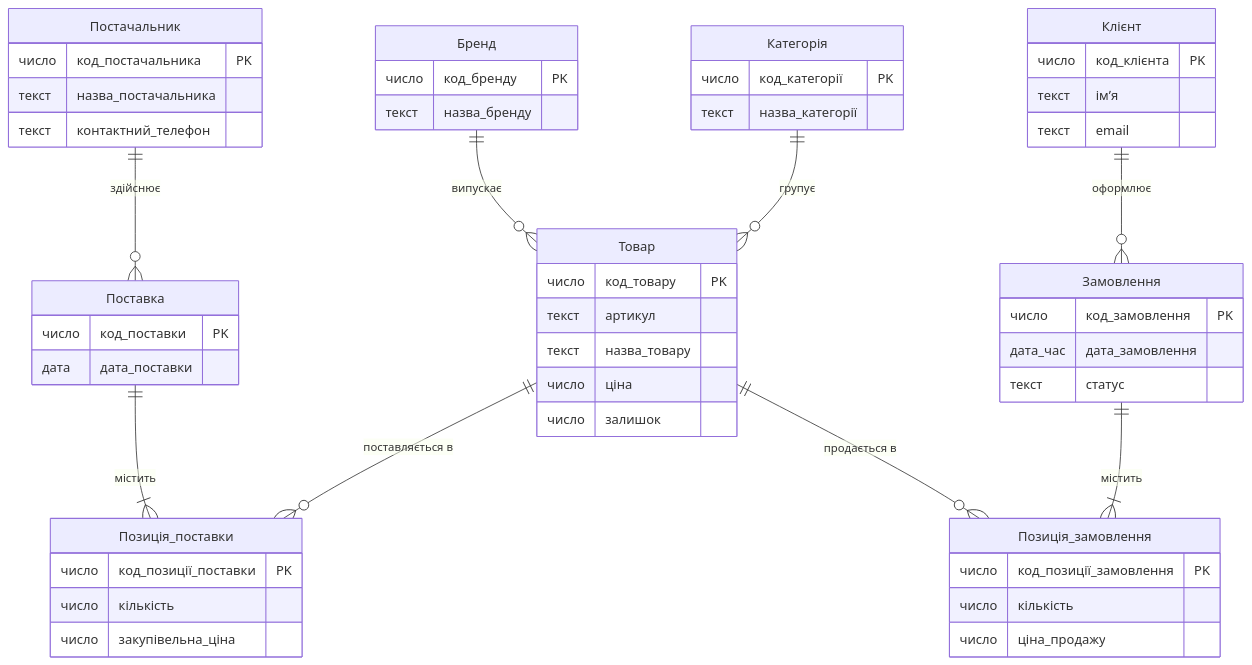
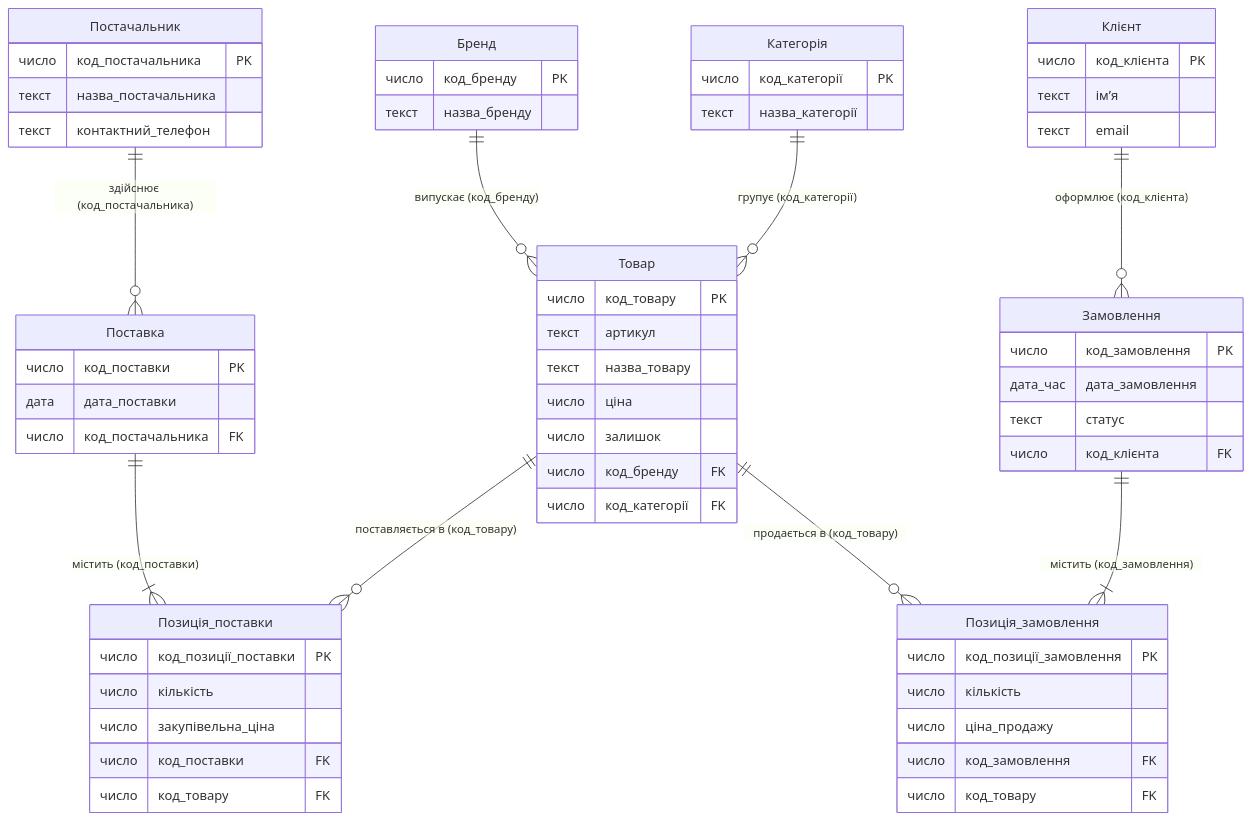
One commit to maksborze/obdz changed the first of 2 diagrams in lab-01/README.md. Above: the diagram before and after it, drawn with Mermaid.

Commit message:
ER-модель перероблена

````diff
--- a/lab-01/README.md
+++ b/lab-01/README.md
@@ -30,55 +30,63 @@
 ```mermaid
 erDiagram
-    Бренд ||--o{ Товар : "випускає"
-    Категорія ||--o{ Товар : "групує"
-    Постачальник ||--o{ Поставка : "здійснює"
-    Поставка ||--|{ Позиція_поставки : "містить"
-    Товар ||--o{ Позиція_поставки : "поставляється в"
-    Клієнт ||--o{ Замовлення : "оформлює"
-    Замовлення ||--|{ Позиція_замовлення : "містить"
-    Товар ||--o{ Позиція_замовлення : "продається в"
+    Бренд ||--o{ Товар : "випускає (код_бренду)"
+    Категорія ||--o{ Товар : "групує (код_категорії)"
+    Постачальник ||--o{ Поставка : "здійснює (код_постачальника)"
+    Поставка ||--|{ Позиція_поставки : "містить (код_поставки)"
+    Товар ||--o{ Позиція_поставки : "поставляється в (код_товару)"
+    Клієнт ||--o{ Замовлення : "оформлює (код_клієнта)"
+    Замовлення ||--|{ Позиція_замовлення : "містить (код_замовлення)"
+    Товар ||--o{ Позиція_замовлення : "продається в (код_товару)"
     Бренд {
         число код_бренду PK
         текст назва_бренду
     }
     Категорія {
         число код_категорії PK
         текст назва_категорії
     }
     Товар {
         число код_товару PK
         текст артикул
         текст назва_товару
         число ціна
         число залишок
+	число код_бренду FK
+	число код_категорії FK
     }
     Постачальник {
         число код_постачальника PK
         текст назва_постачальника
         текст контактний_телефон
     }
     Поставка {
         число код_поставки PK
         дата дата_поставки
+	число код_постачальника FK
     }
     Позиція_поставки {
         число код_позиції_поставки PK
         число кількість
         число закупівельна_ціна
+	число код_поставки FK
+	число код_товару FK
     }
     Клієнт {
         число код_клієнта PK
         текст імʼя
         текст email
     }
     Замовлення {
         число код_замовлення PK
         дата_час дата_замовлення
         текст статус
+	число код_клієнта FK
     }
     Позиція_замовлення {
         число код_позиції_замовлення PK
         число кількість
         число ціна_продажу
+	число код_замовлення FK
+	число код_товару FK
     }
 ```
````
